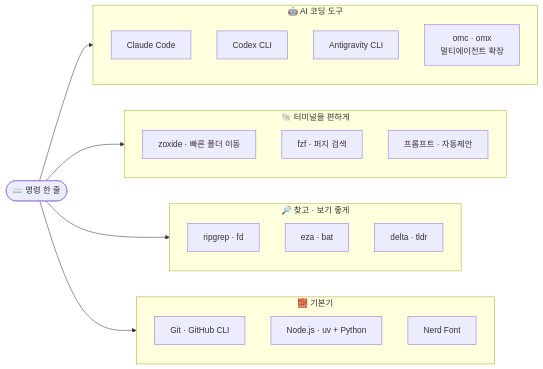
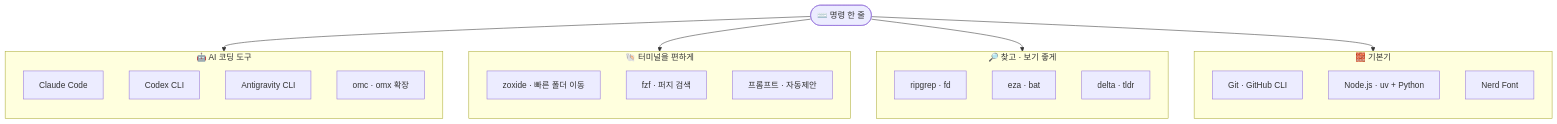
The diagram in README.md (hd0126/dev-setup), drawn with Mermaid before and after one commit. The commit also changed other lines of this file, not shown here.

Commit message:
docs(readme): lay the tool map out top-down; split the help/star notes
The left-to-right map stacked all four groups vertically on GitHub and
wrapped node labels. Top-down puts the groups side by side. The issue and
star notes were merged into one paragraph; separate them.

````diff
--- a/README.md
+++ b/README.md
@@ -24,36 +25,36 @@
 ```mermaid
-flowchart LR
+flowchart TB
     I(["⌨️ 명령 한 줄"]) --> AI
     I --> SH
     I --> FIND
     I --> BASE
 
     subgraph AI["🤖 AI 코딩 도구"]
         direction TB
         CC["Claude Code"]
         CX["Codex CLI"]
         AG["Antigravity CLI"]
-        OM["omc · omx<br/>멀티에이전트 확장"]
+        OM["omc · omx 확장"]
     end
 
     subgraph SH["🐚 터미널을 편하게"]
         direction TB
         Z["zoxide · 빠른 폴더 이동"]
         F["fzf · 퍼지 검색"]
         P["프롬프트 · 자동제안"]
     end
 
     subgraph FIND["🔎 찾고 · 보기 좋게"]
         direction TB
         RG["ripgrep · fd"]
         EZA["eza · bat"]
         DT["delta · tldr"]
     end
 
     subgraph BASE["🧱 기본기"]
         direction TB
         G["Git · GitHub CLI"]
         N["Node.js · uv + Python"]
         NF["Nerd Font"]
     end
 ```
````
